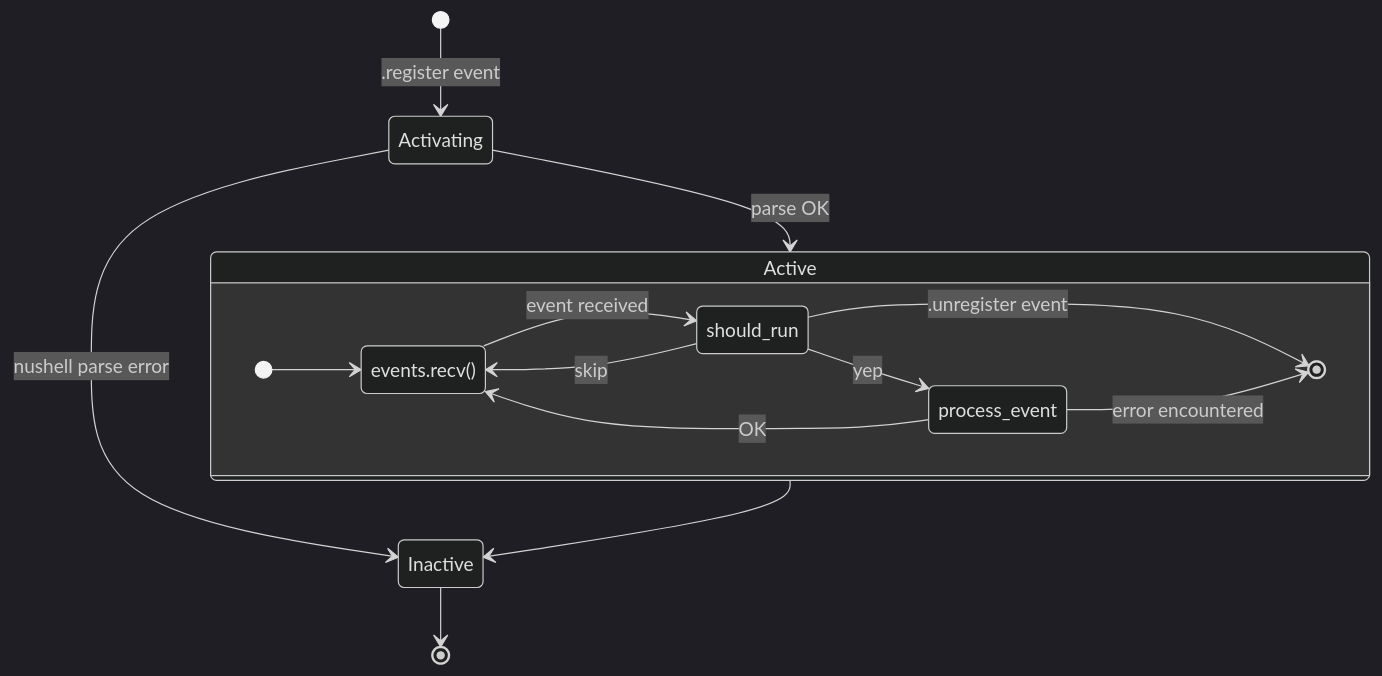
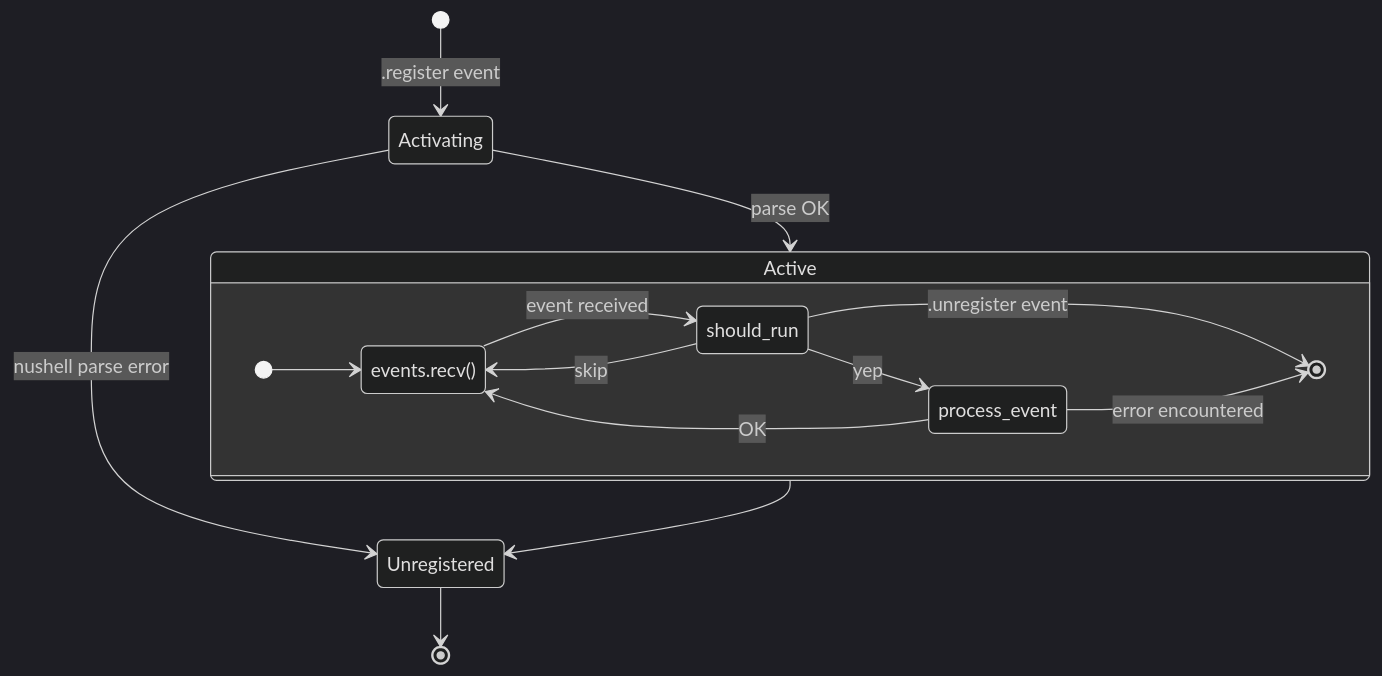
One commit to cablehead/xs changed the diagram in docs/src/content/docs/reference/handlers.mdx. Above: the diagram before and after it, drawn with Mermaid (dark theme). The commit also changed other lines of this file and 4 other files, not shown here.

````diff
--- a/docs/src/content/docs/reference/handlers.mdx
+++ b/docs/src/content/docs/reference/handlers.mdx
@@ -170,22 +170,22 @@
 ```mermaid
 stateDiagram-v2
     [*] --> Activating: .register event
-    Activating --> Inactive: nushell parse error
+    Activating --> Unregistered: nushell parse error
     Activating --> Active : parse OK
-    Inactive --> [*]
+    Unregistered --> [*]
 
     state Active {
         direction LR
         [*] --> events.recv()
         events.recv() --> should_run: event received
 
         should_run --> events.recv(): skip
         should_run --> process_event: yep
         should_run --> [*]: .unregister event
 
         process_event --> [*]: error encountered
         process_event --> events.recv(): OK
     }
 
-    Active --> Inactive
+    Active --> Unregistered
 ```
````
